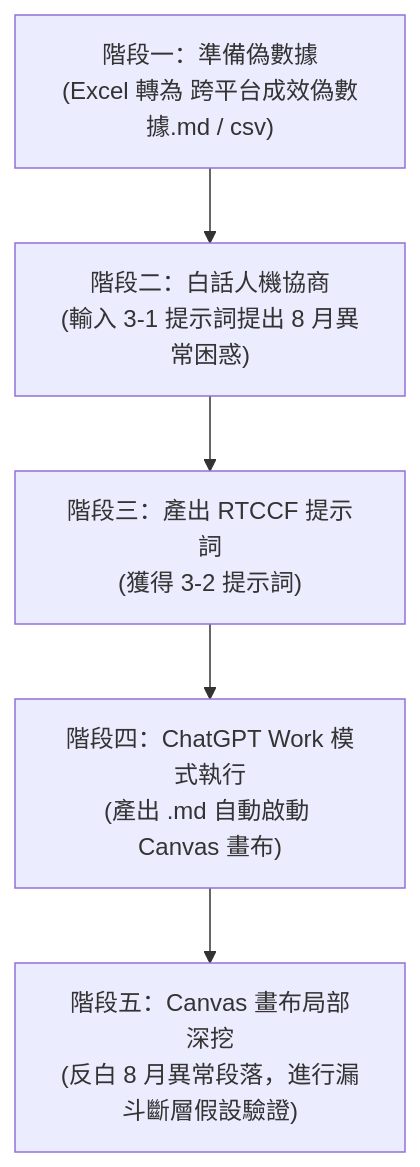
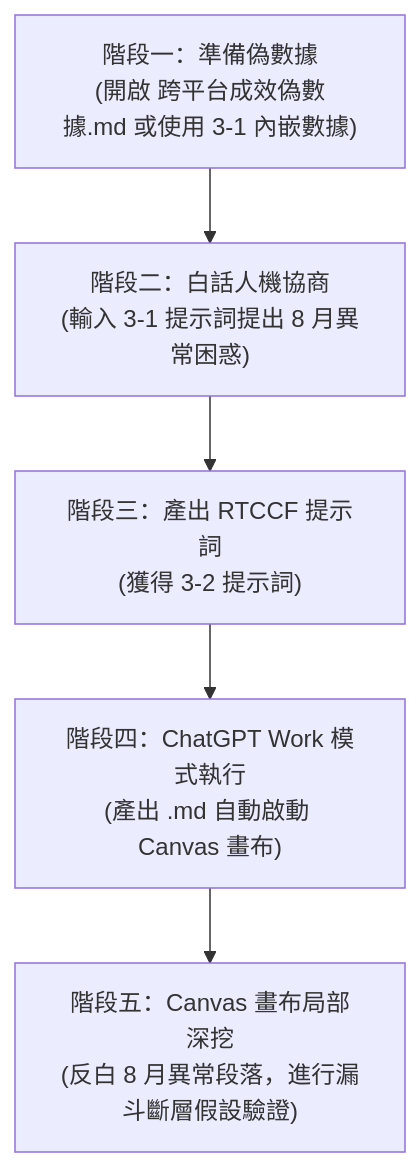
One commit to roberthsu2003/workflow-productivity changed the diagram in 常見的AI應用/實戰範例/跨平台成效數據交叉分析/README.md. Above: the diagram before and after it, drawn with Mermaid. The commit also changed other lines of this file and 5 other files, not shown here.

````diff
--- a/常見的AI應用/實戰範例/跨平台成效數據交叉分析/README.md
+++ b/常見的AI應用/實戰範例/跨平台成效數據交叉分析/README.md
@@ -65,7 +63,7 @@
 ```mermaid
 flowchart TD
-    A["階段一：準備偽數據<br/>(Excel 轉為 跨平台成效偽數據.md / csv)"] --> B["階段二：白話人機協商<br/>(輸入 3-1 提示詞提出 8 月異常困惑)"]
+    A["階段一：準備偽數據<br/>(開啟 跨平台成效偽數據.md 或使用 3-1 內嵌數據)"] --> B["階段二：白話人機協商<br/>(輸入 3-1 提示詞提出 8 月異常困惑)"]
     B --> C["階段三：產出 RTCCF 提示詞<br/>(獲得 3-2 提示詞)"]
     C --> D["階段四：ChatGPT Work 模式執行<br/>(產出 .md 自動啟動 Canvas 畫布)"]
     D --> E["階段五：Canvas 畫布局部深挖<br/>(反白 8 月異常段落，進行漏斗斷層假設驗證)"]
 ```
````
